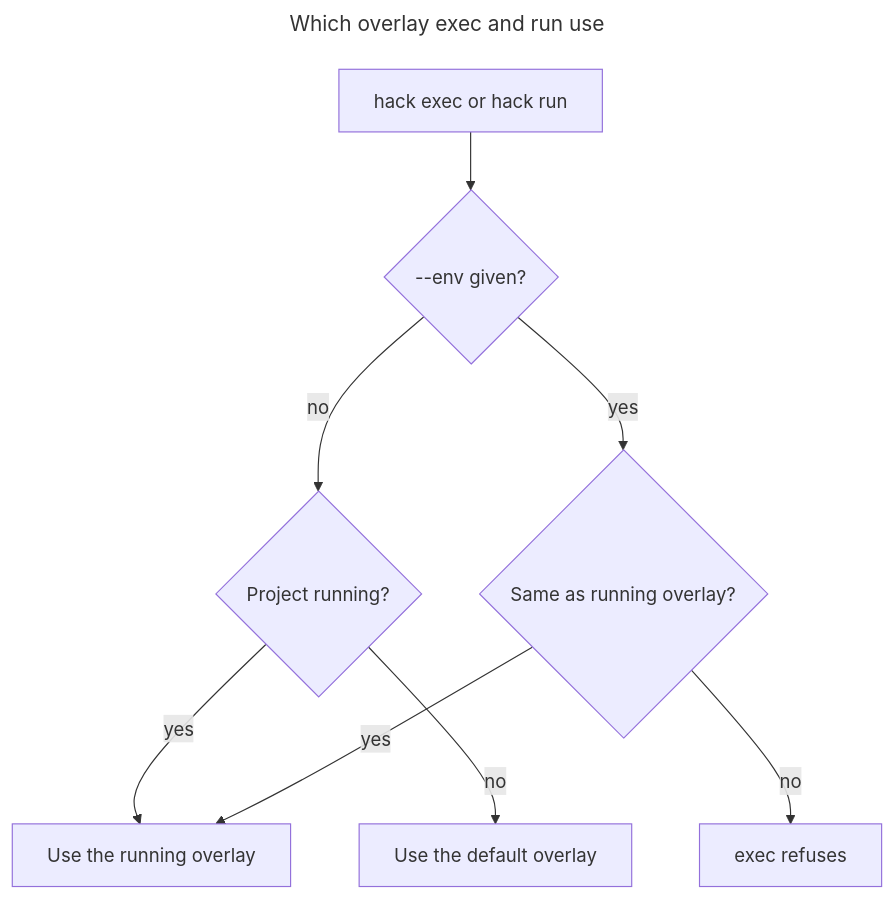
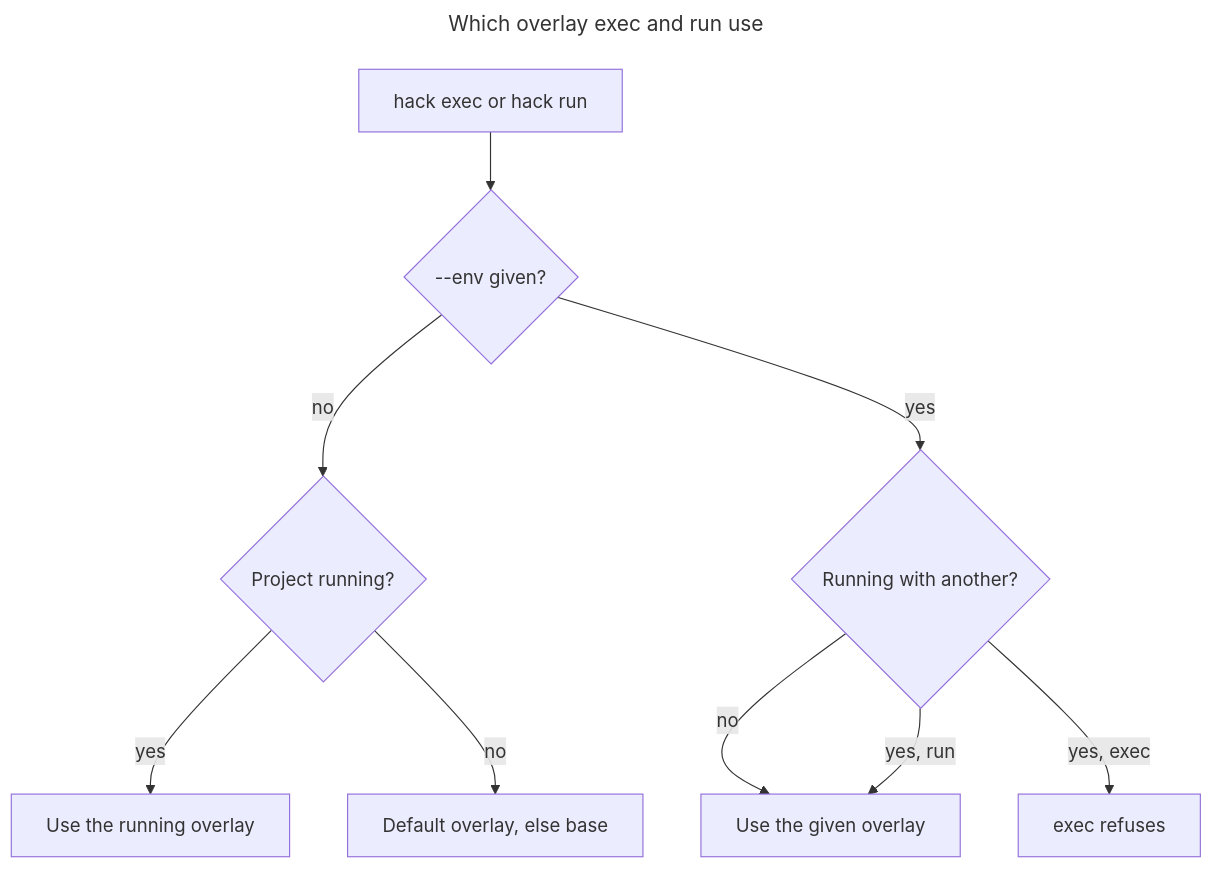
Before and after one commit to hack-dance/hack: the diagram in docs/versions/v5/guides/run-commands.md, drawn with Mermaid. The commit also changed other lines of this file, not shown here.

First line of the commit message:
docs(exec): fix the base file name; show what run does with another overlay

````diff
--- a/docs/versions/v5/guides/run-commands.md
+++ b/docs/versions/v5/guides/run-commands.md
@@ -78,15 +82,16 @@
 ```mermaid
 ---
 title: Which overlay exec and run use
 ---
 flowchart TD
   Start["hack exec or hack run"] --> Given{"--env given?"}
   Given -->|no| Recorded{"Project running?"}
   Recorded -->|yes| Running["Use the running overlay"]
-  Recorded -->|no| Default["Use the default overlay"]
-  Given -->|yes| Match{"Same as running overlay?"}
-  Match -->|yes| Running
-  Match -->|no| Refuse["exec refuses"]
+  Recorded -->|no| Default["Default overlay, else base"]
+  Given -->|yes| Other{"Running with another?"}
+  Other -->|no| UseGiven["Use the given overlay"]
+  Other -->|yes, run| UseGiven
+  Other -->|yes, exec| Refuse["exec refuses"]
   class Running ok
   class Refuse fail
 ```
````
